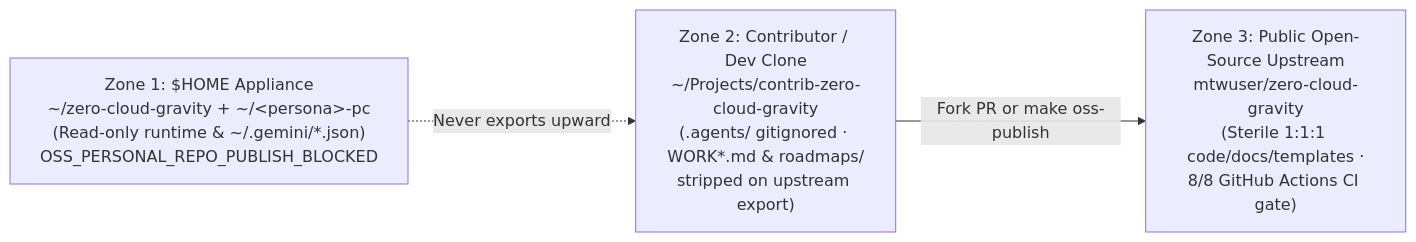
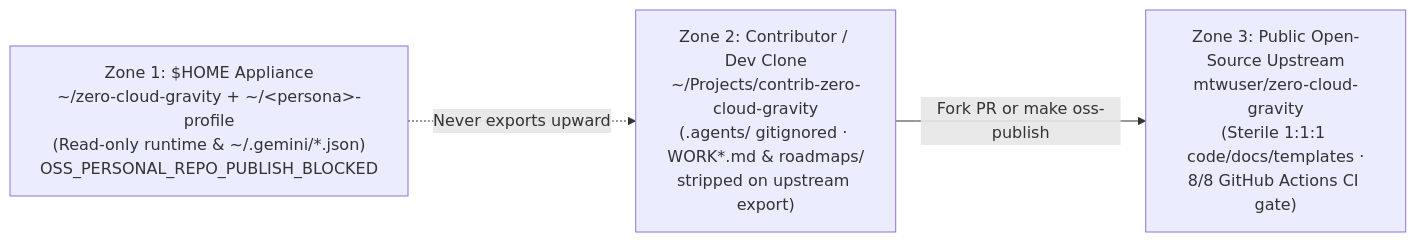
Before and after one commit to mtwuser/zero-cloud-gravity: the diagram in CONTRIBUTING.md, drawn with Mermaid. The commit also changed other lines of this file and 565 other files, not shown here.

Commit message:
chore(release): publish ZeroCloudGravity v1.2.0

````diff
--- a/CONTRIBUTING.md
+++ b/CONTRIBUTING.md
@@ -31,8 +31,8 @@
 ```mermaid
 flowchart LR
-    Z1["Zone 1: $HOME Appliance\n~/zero-cloud-gravity + ~/&lt;persona&gt;-pc\n(Read-only runtime & ~/.gemini/*.json)\nOSS_PERSONAL_REPO_PUBLISH_BLOCKED"]
+    Z1["Zone 1: $HOME Appliance\n~/zero-cloud-gravity + ~/&lt;persona&gt;-profile\n(Read-only runtime & ~/.gemini/*.json)\nOSS_PERSONAL_REPO_PUBLISH_BLOCKED"]
     Z2["Zone 2: Contributor / Dev Clone\n~/Projects/contrib-zero-cloud-gravity\n(.agents/ gitignored · WORK*.md & roadmaps/\nstripped on upstream export)"]
     Z3["Zone 3: Public Open-Source Upstream\nmtwuser/zero-cloud-gravity\n(Sterile 1:1:1 code/docs/templates ·\n8/8 GitHub Actions CI gate)"]
     Z1 -.->|"Never exports upward"| Z2
     Z2 -->|"Fork PR or make oss-publish"| Z3
 ```
````
